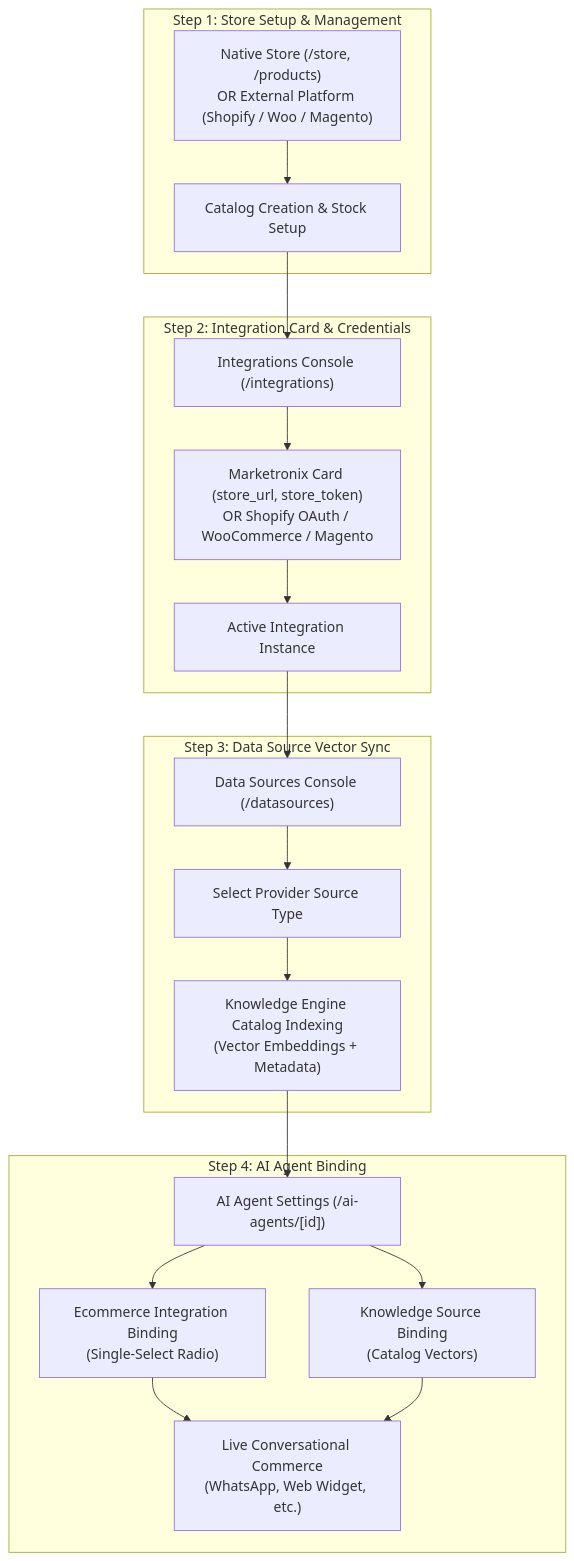
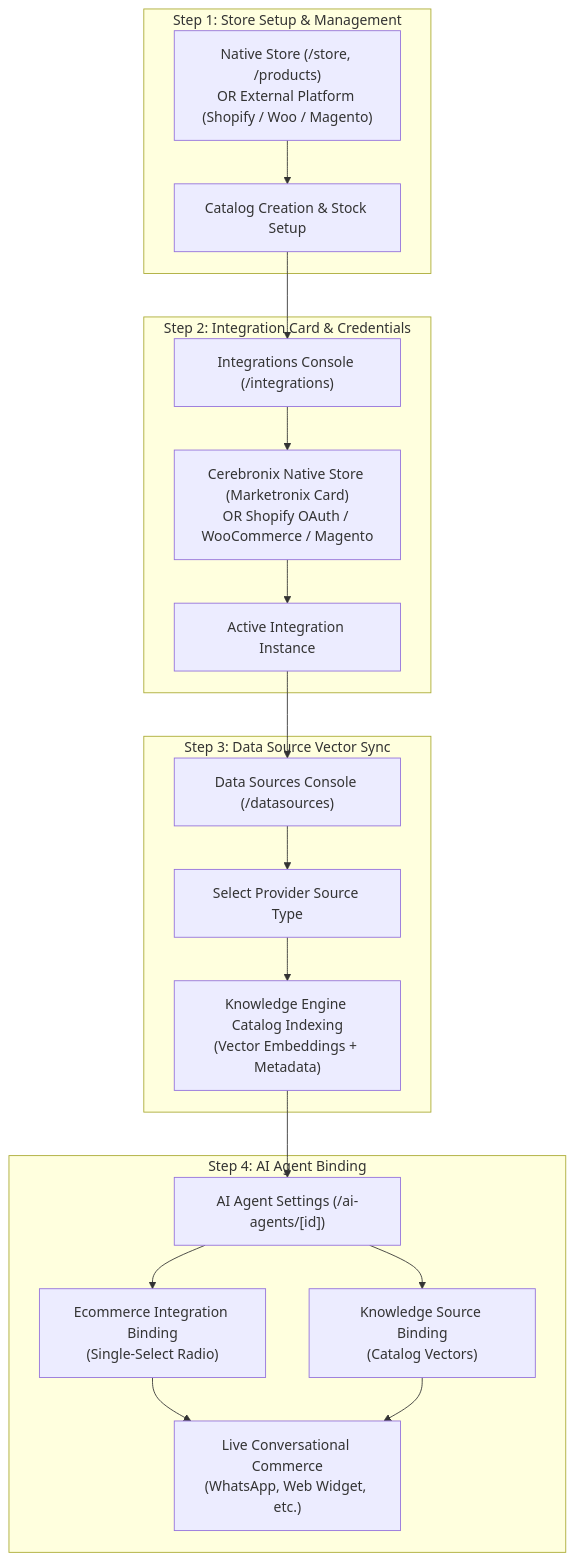
One commit to Cerebronix-AI/cerebronix-docs changed the diagram in apps/docs/content/docs/ecommerce/overview-and-architecture.mdx. Above: the diagram before and after it, drawn with Mermaid. The commit also changed other lines of this file and 32 other files, not shown here.

Commit message:
feat(docs): enforce black-box architecture and information disclosure safeguards

````diff
--- a/apps/docs/content/docs/ecommerce/overview-and-architecture.mdx
+++ b/apps/docs/content/docs/ecommerce/overview-and-architecture.mdx
@@ -28,27 +28,27 @@
 ```mermaid
 flowchart TD
     subgraph Step1["Step 1: Store Setup & Management"]
         A["Native Store (/store, /products)<br/>OR External Platform (Shopify / Woo / Magento)"]
         A --> B["Catalog Creation & Stock Setup"]
     end
 
     subgraph Step2["Step 2: Integration Card & Credentials"]
         B --> C["Integrations Console (/integrations)"]
-        C --> D["Marketronix Card (store_url, store_token)<br/>OR Shopify OAuth / WooCommerce / Magento"]
+        C --> D["Cerebronix Native Store (Marketronix Card)<br/>OR Shopify OAuth / WooCommerce / Magento"]
         D --> E["Active Integration Instance"]
     end
 
     subgraph Step3["Step 3: Data Source Vector Sync"]
         E --> F["Data Sources Console (/datasources)"]
         F --> G["Select Provider Source Type"]
         G --> H["Knowledge Engine Catalog Indexing<br/>(Vector Embeddings + Metadata)"]
     end
 
     subgraph Step4["Step 4: AI Agent Binding"]
         H --> I["AI Agent Settings (/ai-agents/[id])"]
         I --> J["Ecommerce Integration Binding<br/>(Single-Select Radio)"]
         I --> K["Knowledge Source Binding<br/>(Catalog Vectors)"]
         J --> L["Live Conversational Commerce<br/>(WhatsApp, Web Widget, etc.)"]
         K --> L
     end
 ```
````
